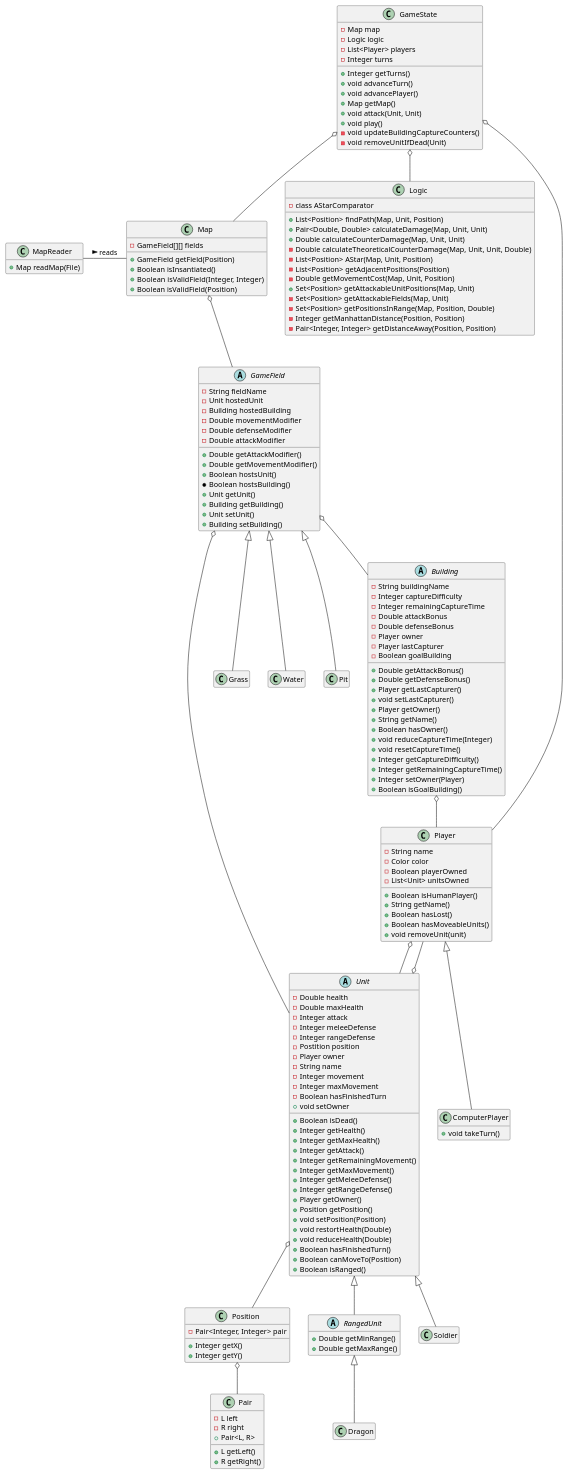
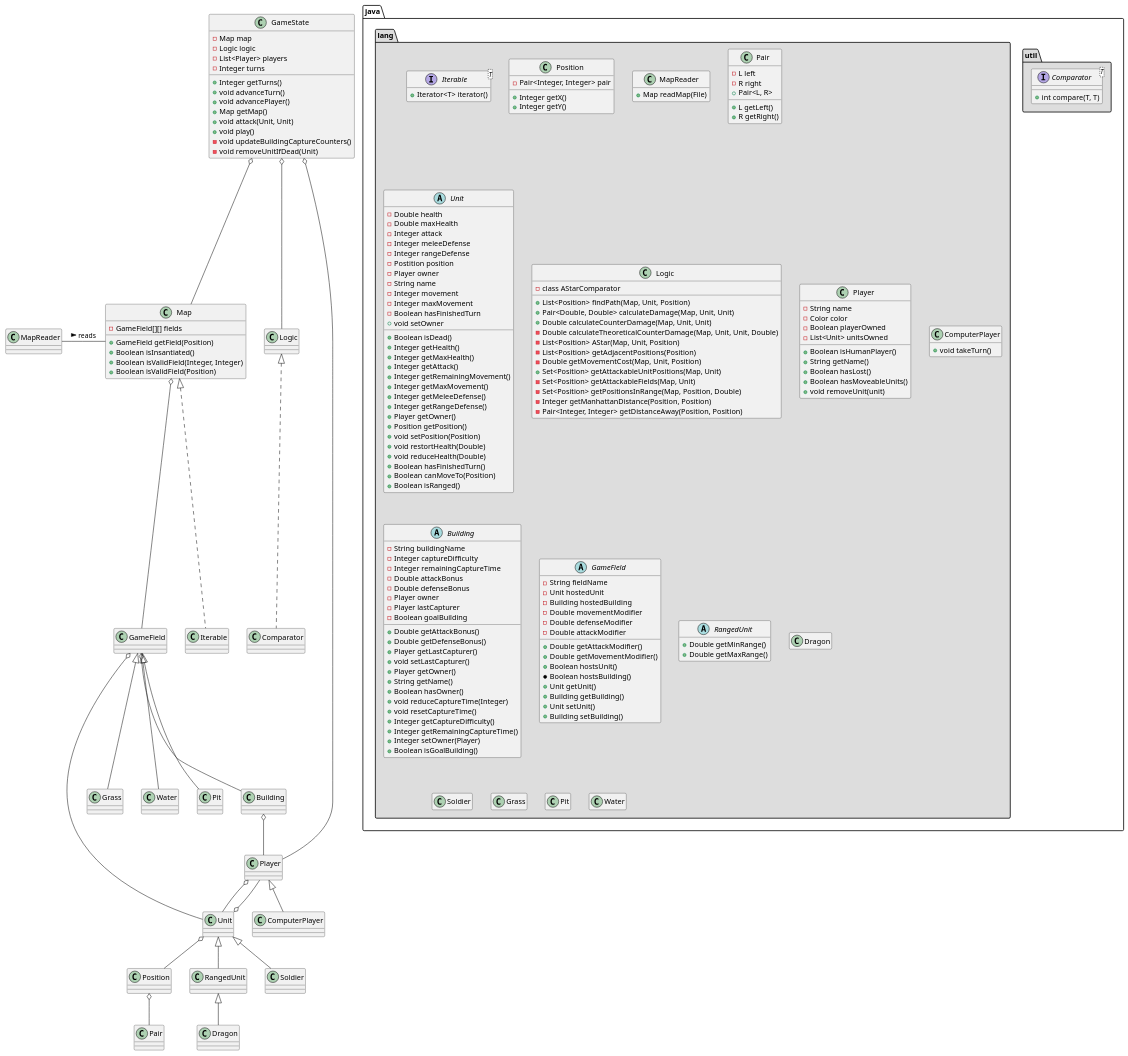
Before and after one commit to Fuuzetsu/dragon-wars: the diagram in doc/uml.plantuml, drawn with PlantUML.

Commit message:
Add used interfaces

```diff
--- a/doc/uml.plantuml
+++ b/doc/uml.plantuml
@@ -5,6 +5,8 @@
 Building o-- Player
 MapReader - Map : reads >
 Map o-- GameField
+Map <|.. Iterable
+Logic <|.. Comparator
 GameField o-- Building
 GameField o-- Unit
 Position o-- Pair
@@ -42,6 +44,18 @@
       +Boolean isInsantiated()
       +Boolean isValidField(Integer, Integer)
       +Boolean isValidField(Position)
+}
+
+namespace java.util #DDDDDD {
+      interface Comparator<T> {
+            +int compare(T, T)
+      }     
+}
+
+
+namespace java.lang #DDDDDD {
+      interface Iterable<T> {
+            +Iterator<T> iterator()
 }
 
 class Position {
```
